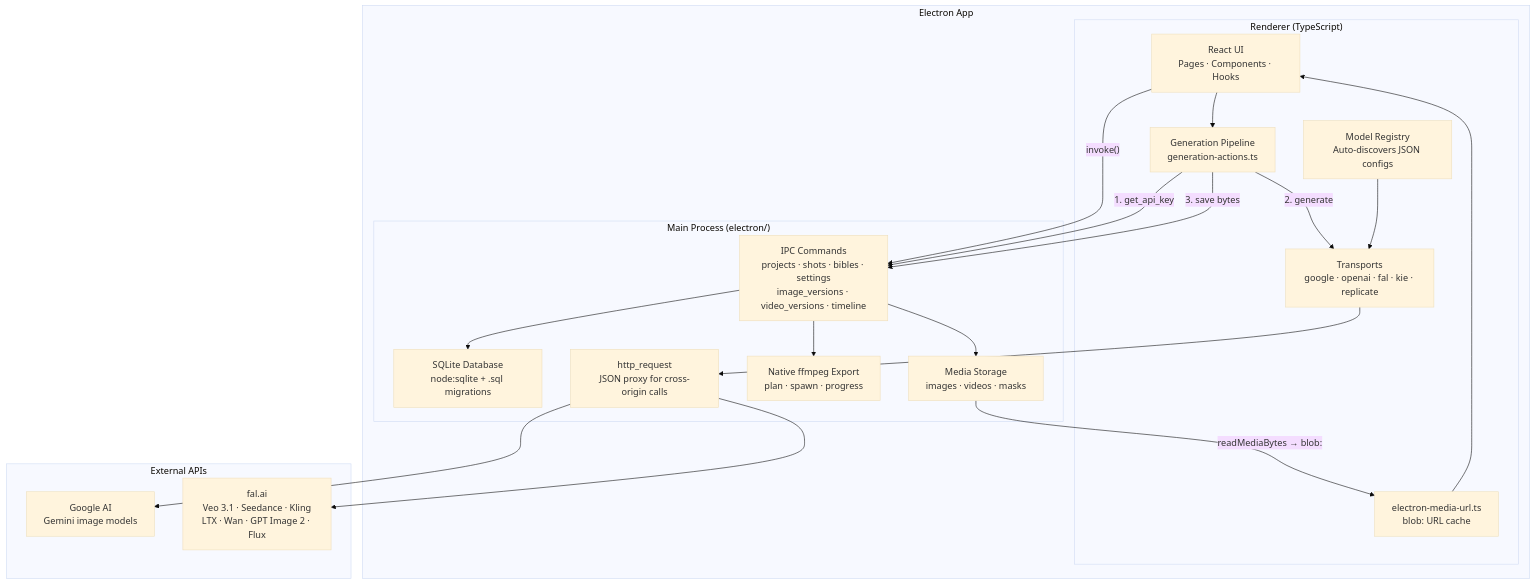
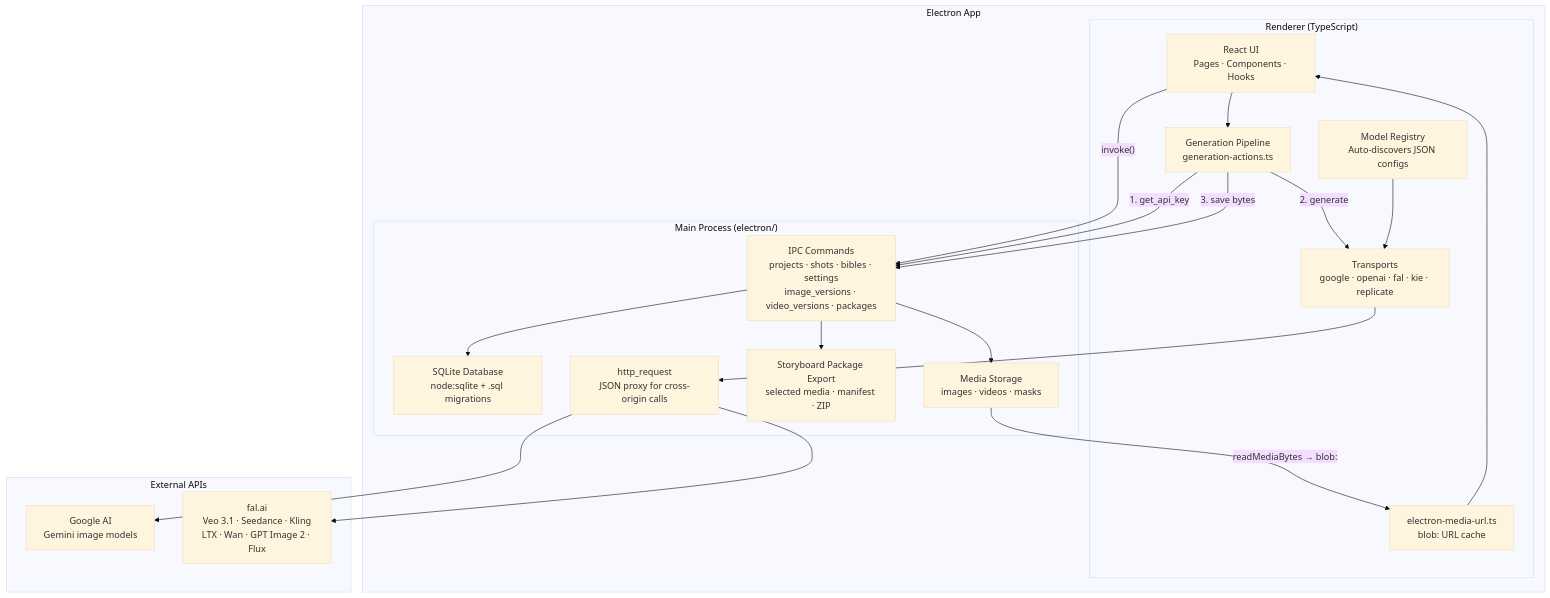
Before and after one commit to alexanderwanyoike/showbiz: the second of 4 diagrams in docs/architecture.md, drawn with Mermaid (base theme). The commit also changed other lines of this file and 3 other files, not shown here.

Commit message:
docs: describe storyboard media handoff and verification

````diff
--- a/docs/architecture.md
+++ b/docs/architecture.md
@@ -38,42 +36,42 @@
 ```mermaid
 graph TB
     subgraph Desktop["Electron App"]
         subgraph Renderer["Renderer (TypeScript)"]
             UI["React UI<br/>Pages · Components · Hooks"]
             Gen["Generation Pipeline<br/>generation-actions.ts"]
             Registry["Model Registry<br/>Auto-discovers JSON configs"]
             Transports["Transports<br/>google · openai · fal · kie · replicate"]
             MediaUrl["electron-media-url.ts<br/>blob: URL cache"]
         end
 
         subgraph Main["Main Process (electron/)"]
-            Commands["IPC Commands<br/>projects · shots · bibles · settings<br/>image_versions · video_versions · timeline"]
+            Commands["IPC Commands<br/>projects · shots · bibles · settings<br/>image_versions · video_versions · packages"]
             DB["SQLite Database<br/>node:sqlite + .sql migrations"]
             Media["Media Storage<br/>images · videos · masks"]
-            Export["Native ffmpeg Export<br/>plan · spawn · progress"]
+            Export["Storyboard Package Export<br/>selected media · manifest · ZIP"]
             Http["http_request<br/>JSON proxy for cross-origin calls"]
         end
     end
 
     subgraph Providers["External APIs"]
         Google["Google AI<br/>Gemini image models"]
         Fal["fal.ai<br/>Veo 3.1 · Seedance · Kling<br/>LTX · Wan · GPT Image 2 · Flux"]
     end
 
     UI -->|"invoke()"| Commands
     Commands --> DB
     Commands --> Media
     Commands --> Export
     Media -->|"readMediaBytes → blob:"| MediaUrl
     MediaUrl --> UI
 
     UI --> Gen
     Gen -->|"1. get_api_key"| Commands
     Gen -->|"2. generate"| Transports
     Transports --> Http
     Http --> Google
     Http --> Fal
     Gen -->|"3. save bytes"| Commands
 
     Registry --> Transports
 ```
````
